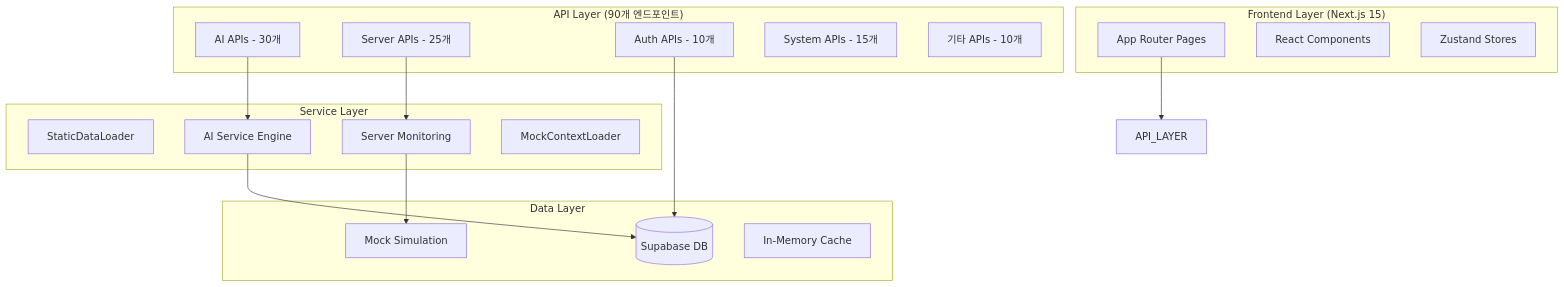
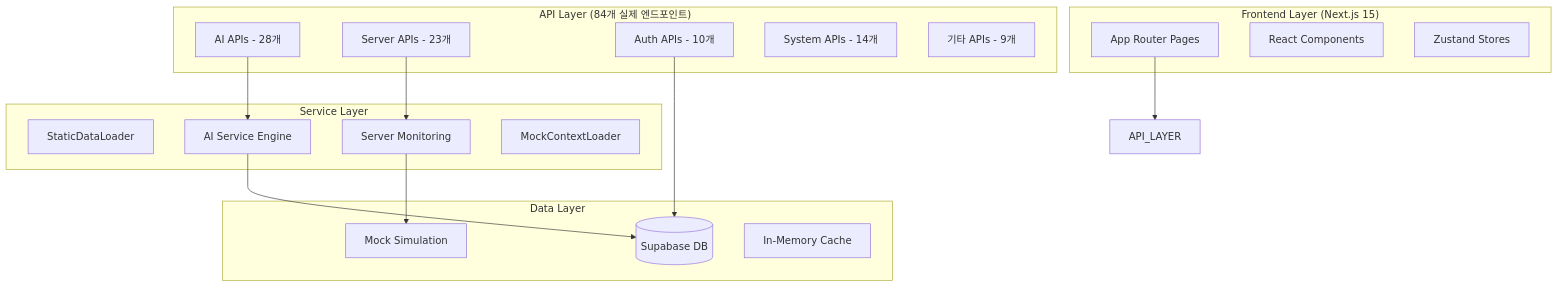
One commit to skyasu2/openmanager-vibe-v5 changed the diagram in docs/design/current/system-architecture-overview.md. Above: the diagram before and after it, drawn with Mermaid. The commit also changed other lines of this file and 62 other files, not shown here.

````diff
--- a/docs/design/current/system-architecture-overview.md
+++ b/docs/design/current/system-architecture-overview.md
@@ -42,36 +42,36 @@
 ```mermaid
 graph TB
     subgraph "Frontend Layer (Next.js 15)"
         UI[App Router Pages]
         COMP[React Components]
         STORE[Zustand Stores]
     end
 
-    subgraph "API Layer (90개 엔드포인트)"
-        AI_API[AI APIs - 30개]
-        SERVER_API[Server APIs - 25개] 
+    subgraph "API Layer (84개 실제 엔드포인트)"
+        AI_API[AI APIs - 28개]
+        SERVER_API[Server APIs - 23개]
         AUTH_API[Auth APIs - 10개]
-        SYSTEM_API[System APIs - 15개]
-        MISC_API[기타 APIs - 10개]
+        SYSTEM_API[System APIs - 14개]
+        MISC_API[기타 APIs - 9개]
     end
 
     subgraph "Service Layer"
         STATIC_LOADER[StaticDataLoader]
         AI_SERVICE[AI Service Engine]
         SERVER_SERVICE[Server Monitoring]
         MOCK_CONTEXT[MockContextLoader]
     end
 
     subgraph "Data Layer"
         MOCK[Mock Simulation]
         SUPABASE[(Supabase DB)]
         CACHE[In-Memory Cache]
     end
 
     UI --> API_LAYER
     AI_API --> AI_SERVICE
     SERVER_API --> SERVER_SERVICE
     SERVER_SERVICE --> MOCK
     AUTH_API --> SUPABASE
     AI_SERVICE --> SUPABASE
 ```
````
